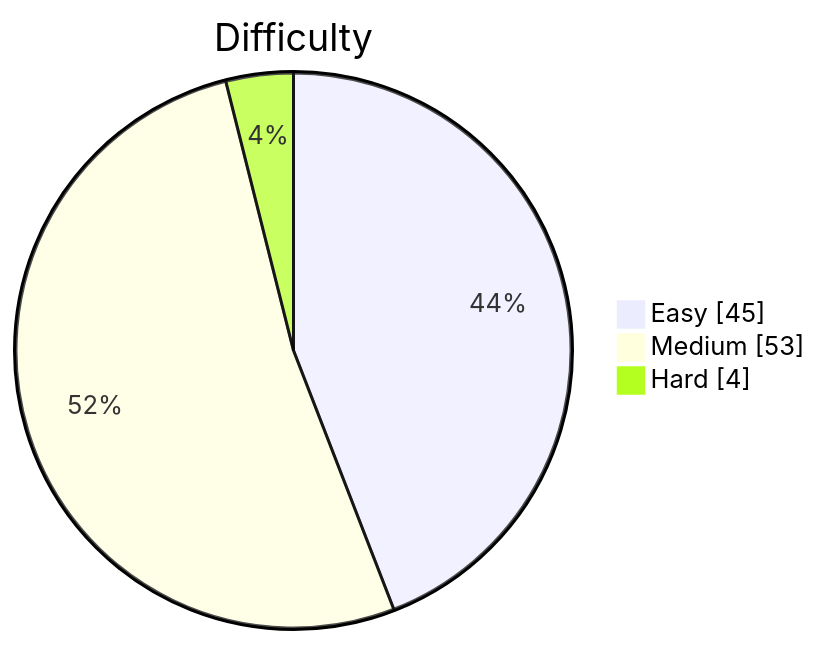
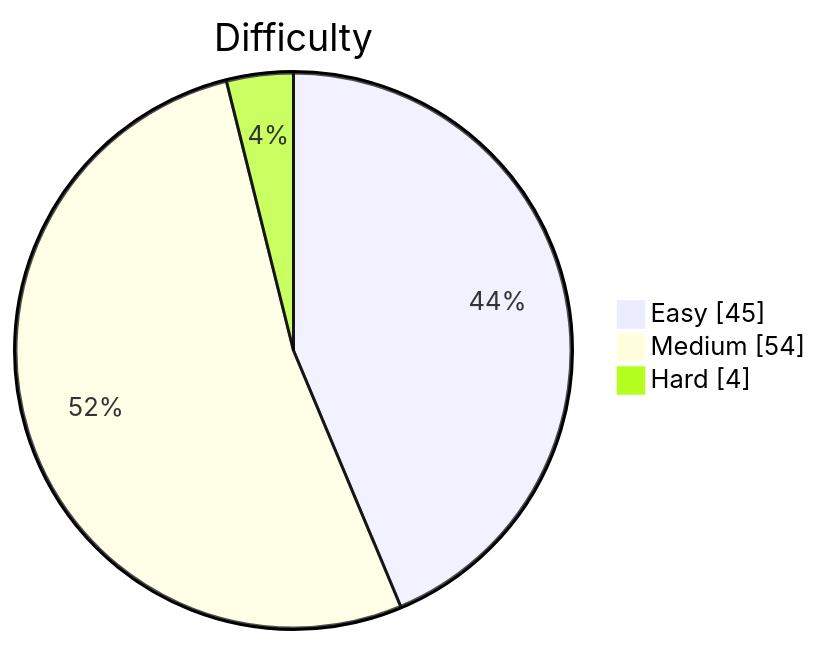
Before and after one commit to kevstevie/python-algo-practice: the diagram in README.md, drawn with Mermaid. The commit also changed other lines of this file, not shown here.

Commit message:
docs: update README stats (103 problems)

````diff
--- a/README.md
+++ b/README.md
@@ -13,7 +13,7 @@
 ```mermaid
 pie showData
     title Difficulty
     "Easy"   : 45
-    "Medium" : 53
+    "Medium" : 54
     "Hard"   : 4
 ```
````
